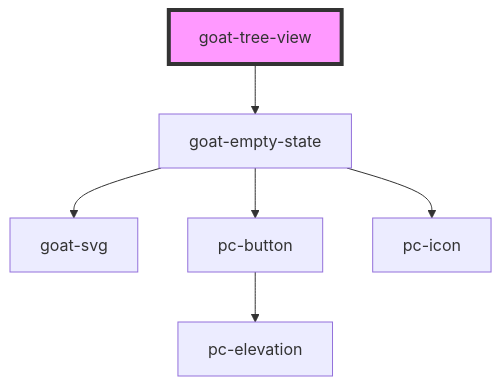
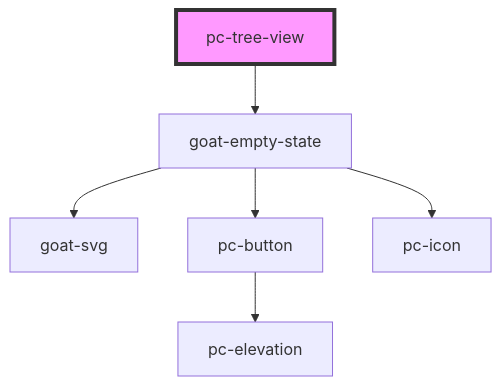
The diagram in src/components/tree-view/tree-view/readme.md (redvars/peacock), drawn with Mermaid before and after one commit. The commit also changed 127 other files, not shown here.

````diff
--- a/src/components/tree-view/tree-view/readme.md
+++ b/src/components/tree-view/tree-view/readme.md
@@ -64,9 +64,9 @@
 ```mermaid
 graph TD;
-  goat-tree-view --> goat-empty-state
+  pc-tree-view --> goat-empty-state
   goat-empty-state --> goat-svg
   goat-empty-state --> pc-button
   goat-empty-state --> pc-icon
   pc-button --> pc-elevation
-  style goat-tree-view fill:#f9f,stroke:#333,stroke-width:4px
+  style pc-tree-view fill:#f9f,stroke:#333,stroke-width:4px
 ```
````
